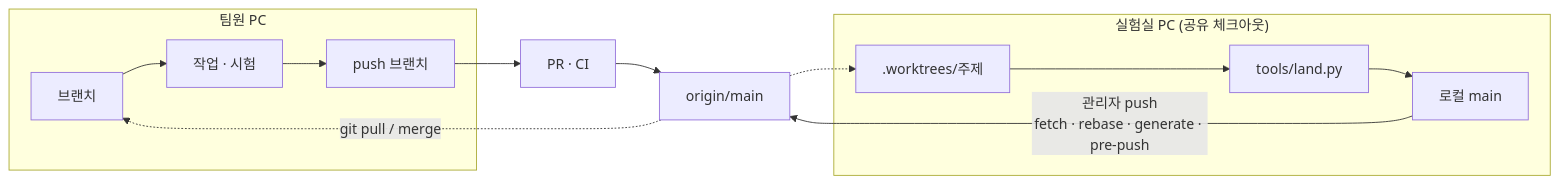
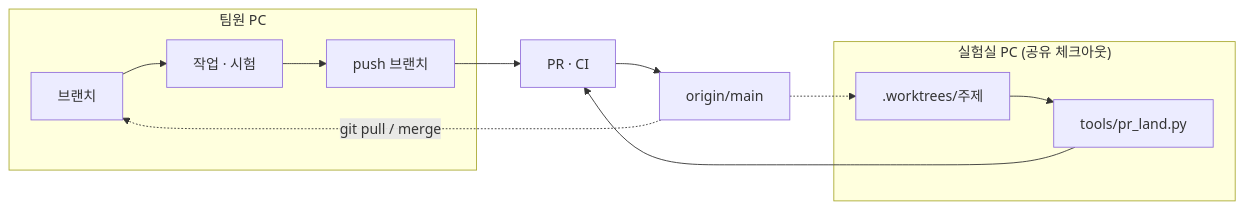
The diagram in docs/reference/git-workflow.md (robotics-team-1213/rosy-platform), drawn with Mermaid before and after one commit. The commit also changed other lines of this file and 5 other files, not shown here.

````diff
--- a/docs/reference/git-workflow.md
+++ b/docs/reference/git-workflow.md
@@ -22,13 +22,13 @@
 ```mermaid
 flowchart LR
     subgraph member["팀원 PC"]
         m1["브랜치"] --> m2["작업 · 시험"] --> m3["push 브랜치"]
     end
     subgraph lab["실험실 PC (공유 체크아웃)"]
-        l1[".worktrees/주제"] --> l2["tools/land.py"] --> l3["로컬 main"]
+        l1[".worktrees/주제"] --> l2["tools/pr_land.py"]
     end
     m3 --> pr["PR · CI"] --> om["origin/main"]
-    l3 -->|"관리자 push<br/>fetch · rebase · generate · pre-push"| om
+    l2 --> pr
     om -.->|"git pull / merge"| m1
     om -.-> l1
 ```
````
